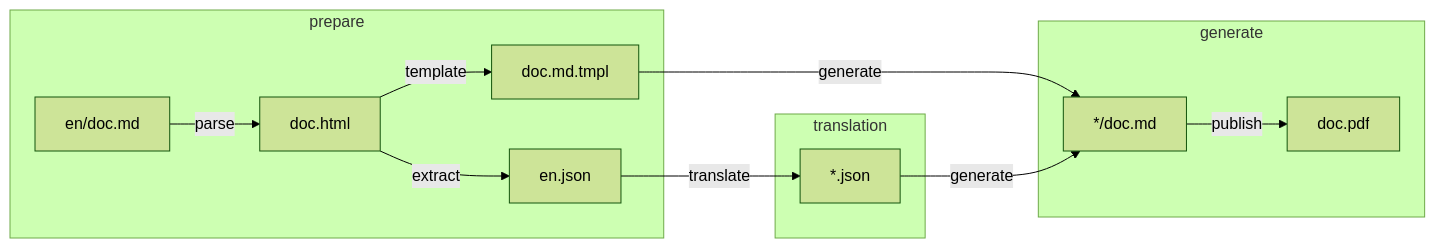
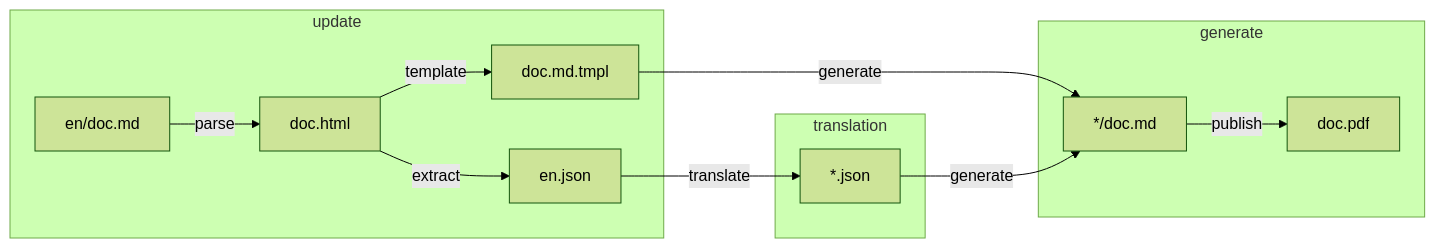
One commit to getlantern/illuminated changed the diagram in README.md. Above: the diagram before and after it, drawn with Mermaid (forest theme). The commit also changed 5 other files, not shown here.

````diff
--- a/README.md
+++ b/README.md
@@ -18,17 +18,17 @@
 ```mermaid
 flowchart LR
-  subgraph prepare
+  subgraph update
     en/doc.md --> |parse| doc.html 
     doc.html --> |extract| en.json
     doc.html --> |template| doc.md.tmpl 
   end
   subgraph translation
     *.json
   end
   subgraph generate
     en.json --> |translate| *.json
     doc.md.tmpl --> |generate| */doc.md
     *.json --> |generate| */doc.md
     */doc.md --> |publish| doc.pdf
   end
 ```
````
